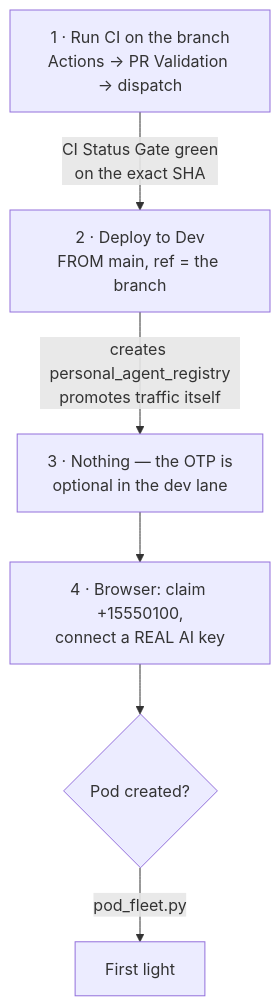
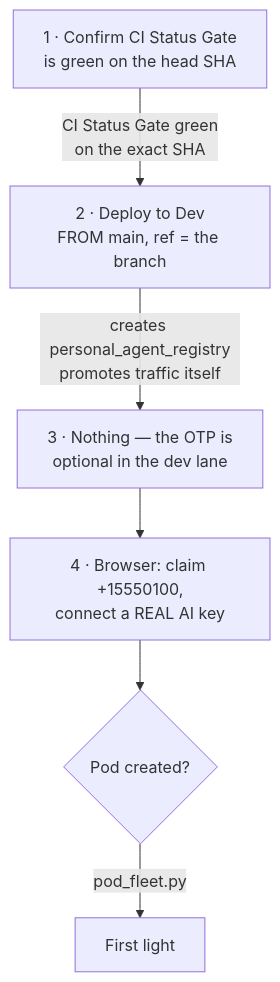
One commit to hushh-labs/hushh-research changed the diagram in docs/reference/operations/dev-pod-first-light-runbook.md. Above: the diagram before and after it, drawn with Mermaid. The commit also changed other lines of this file, not shown here.

````diff
--- a/docs/reference/operations/dev-pod-first-light-runbook.md
+++ b/docs/reference/operations/dev-pod-first-light-runbook.md
@@ -13,8 +13,8 @@
 ```mermaid
 flowchart TB
-  A["1 · Run CI on the branch<br/>Actions → PR Validation → dispatch"] -->|"CI Status Gate green<br/>on the exact SHA"| B
+  A["1 · Confirm CI Status Gate<br/>is green on the head SHA"] -->|"CI Status Gate green<br/>on the exact SHA"| B
   B["2 · Deploy to Dev<br/>FROM main, ref = the branch"] -->|"creates personal_agent_registry<br/>promotes traffic itself"| C
   C["3 · Nothing — the OTP is<br/>optional in the dev lane"] --> D
   D["4 · Browser: claim +15550100,<br/>connect a REAL AI key"] --> E{"Pod created?"}
   E -->|"pod_fleet.py"| F["First light"]
 ```
````
